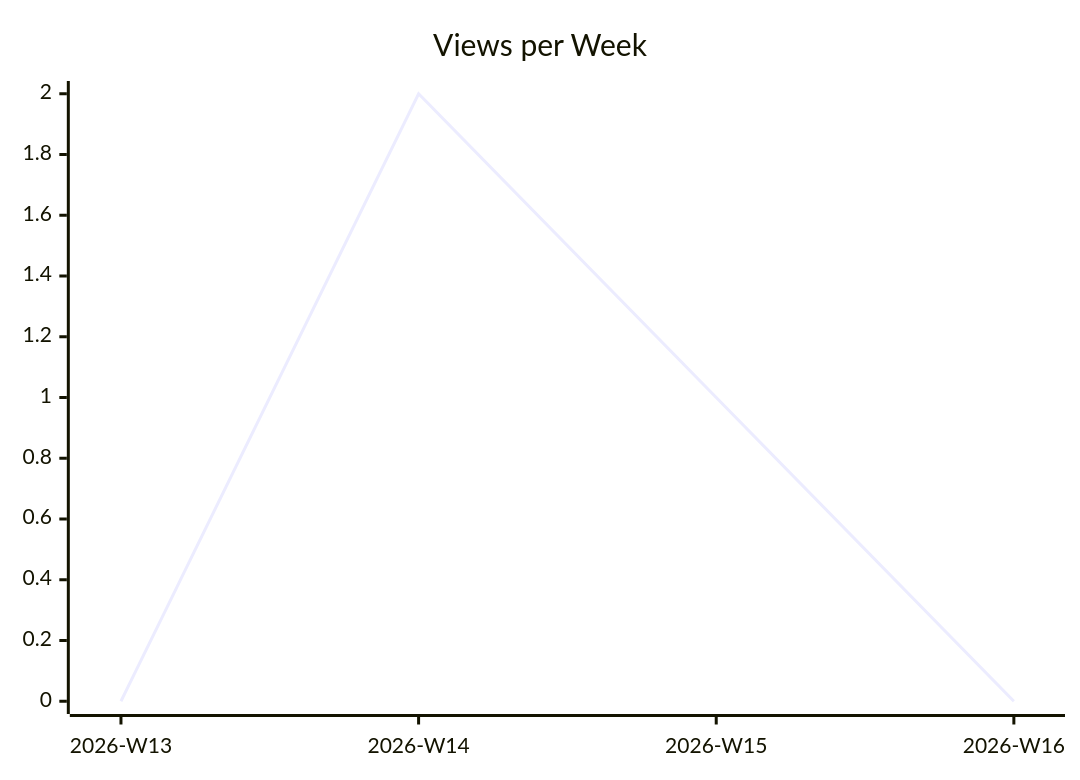
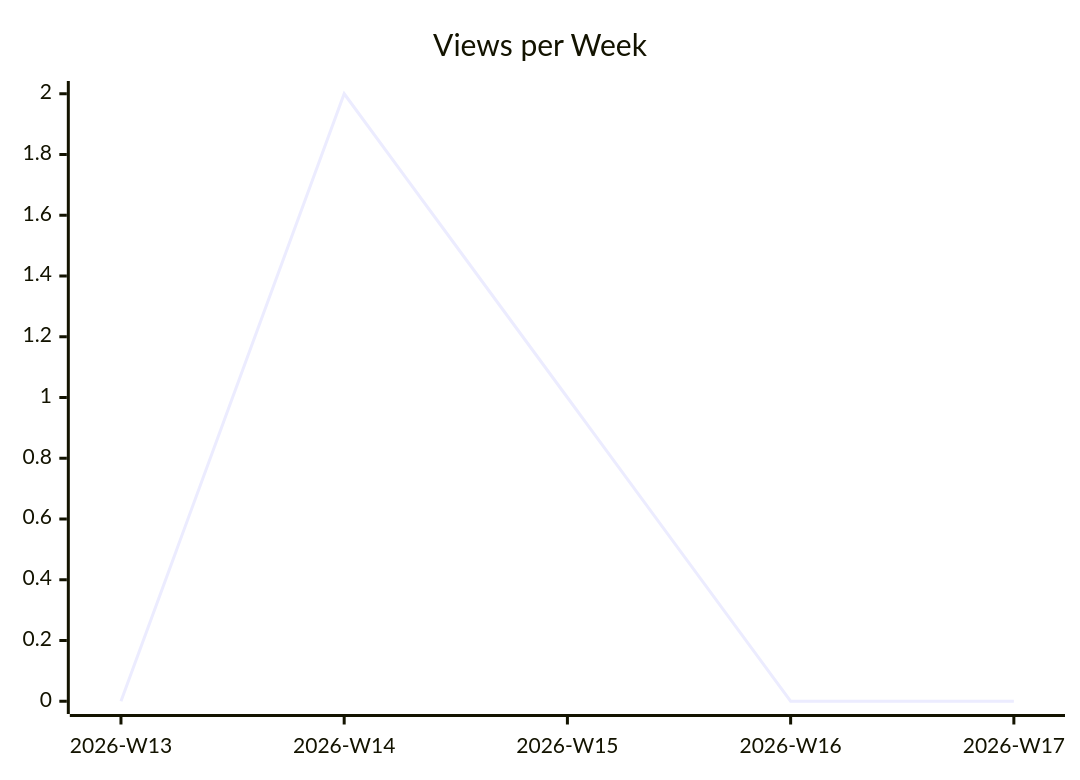
One commit to justdavis-family/github-analytics-data changed the second of 3 diagrams in karlmdavis/justdavis-ansible/README.md. Above: the diagram before and after it, drawn with Mermaid. The commit also changed other lines of this file and 192 other files, not shown here.

````diff
--- a/karlmdavis/justdavis-ansible/README.md
+++ b/karlmdavis/justdavis-ansible/README.md
@@ -12,6 +12,6 @@
 ```mermaid
 xychart-beta
   title "Views per Week"
-  x-axis ["2026-W13", "2026-W14", "2026-W15", "2026-W16"]
-  line [0, 2, 1, 0]
+  x-axis ["2026-W13", "2026-W14", "2026-W15", "2026-W16", "2026-W17"]
+  line [0, 2, 1, 0, 0]
 ```
````
